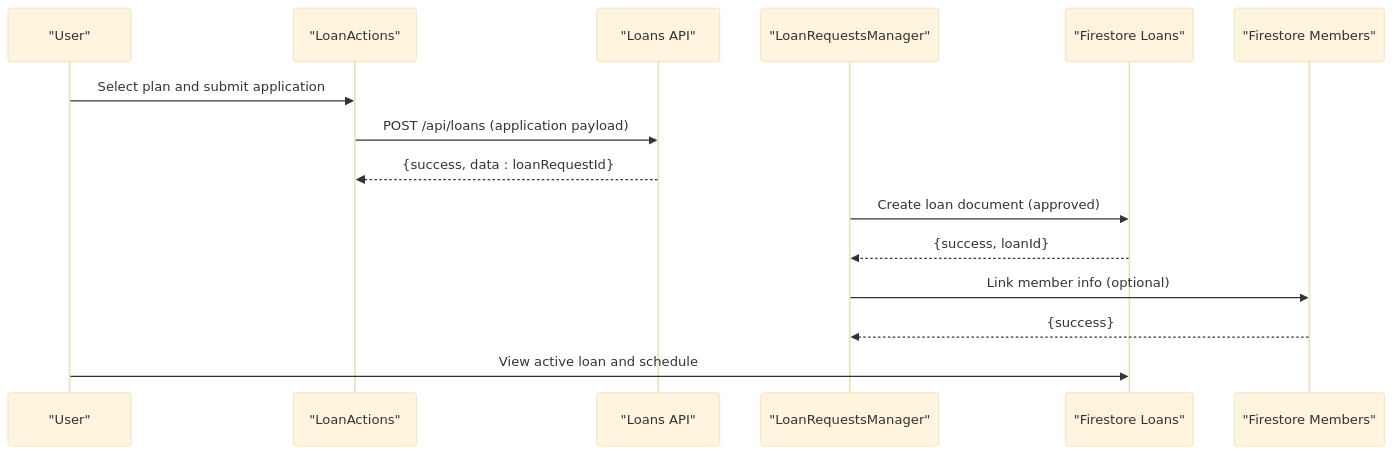
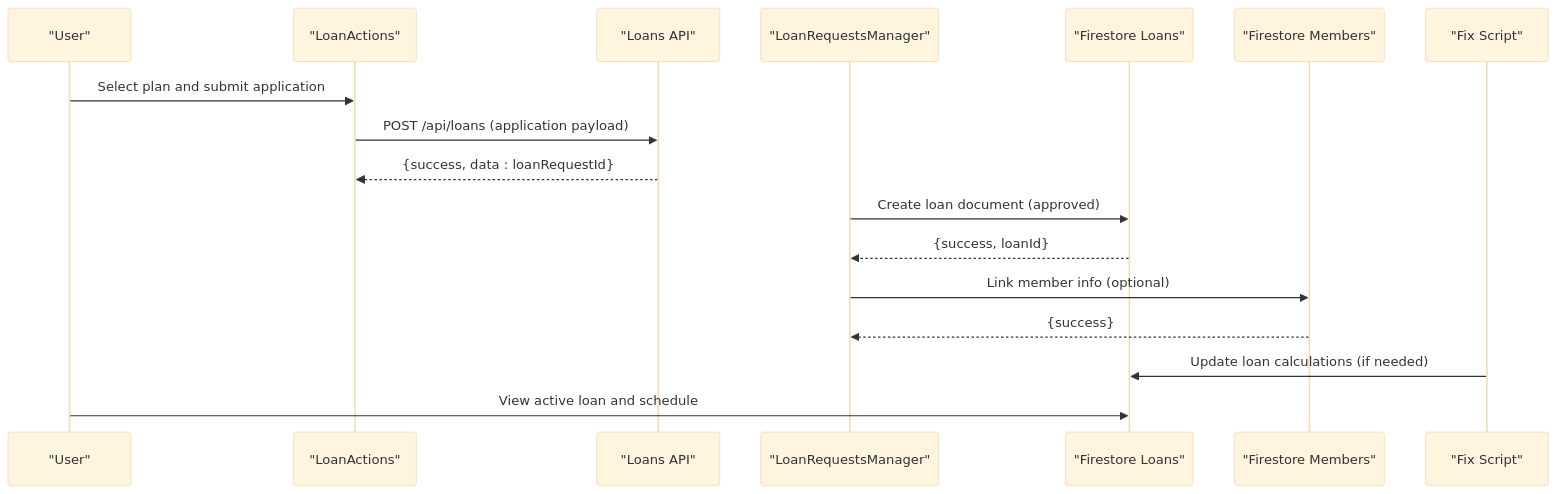
Before and after one commit to Unsure-bry/sampacoop_system: the second of 11 diagrams in .qoder/repowiki/en/content/API Endpoints Reference/Loan Management API.md, drawn with Mermaid (base theme). The commit also changed other lines of this file and 24 other files, not shown here.

````diff
--- a/.qoder/repowiki/en/content/API Endpoints Reference/Loan Management API.md
+++ b/.qoder/repowiki/en/content/API Endpoints Reference/Loan Management API.md
@@ -102,17 +124,19 @@
 ```mermaid
 sequenceDiagram
 participant User as "User"
 participant UI as "LoanActions"
 participant API as "Loans API"
 participant AdminUI as "LoanRequestsManager"
 participant LoanDoc as "Firestore Loans"
 participant MemberDoc as "Firestore Members"
+participant FixScript as "Fix Script"
 User->>UI : Select plan and submit application
 UI->>API : POST /api/loans (application payload)
 API-->>UI : {success, data : loanRequestId}
 AdminUI->>LoanDoc : Create loan document (approved)
 LoanDoc-->>AdminUI : {success, loanId}
 AdminUI->>MemberDoc : Link member info (optional)
 MemberDoc-->>AdminUI : {success}
+FixScript->>LoanDoc : Update loan calculations (if needed)
 User->>LoanDoc : View active loan and schedule
 ```
````
